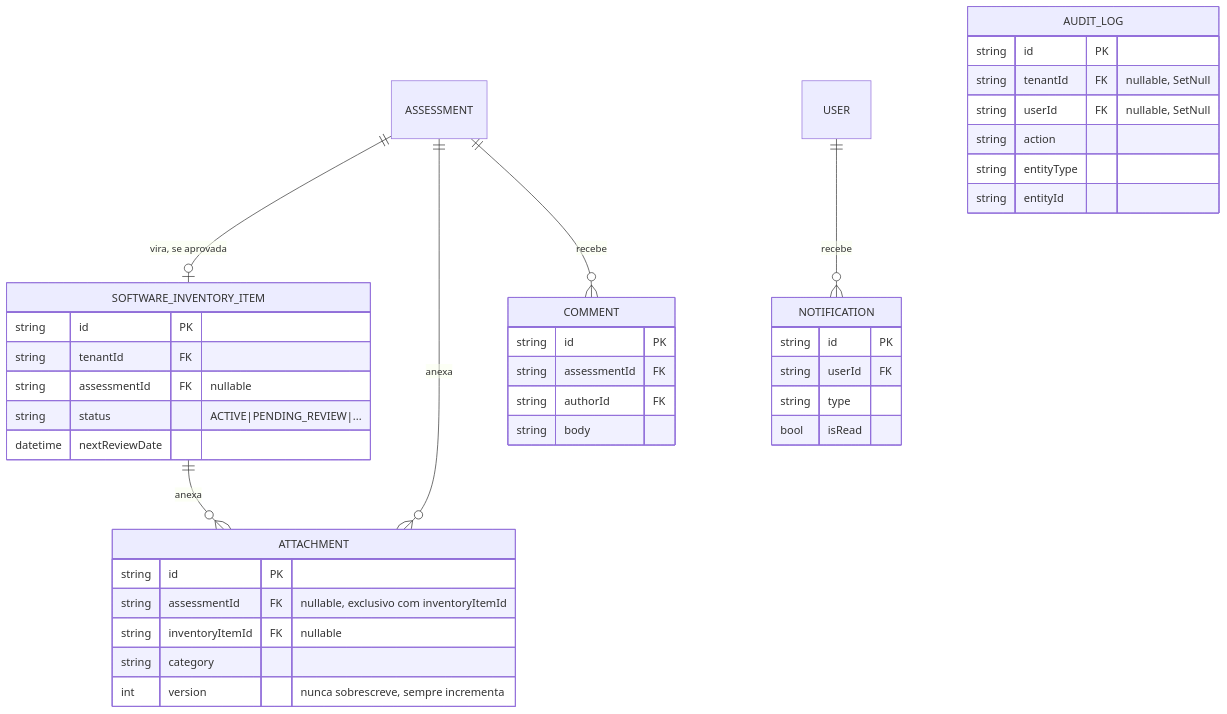
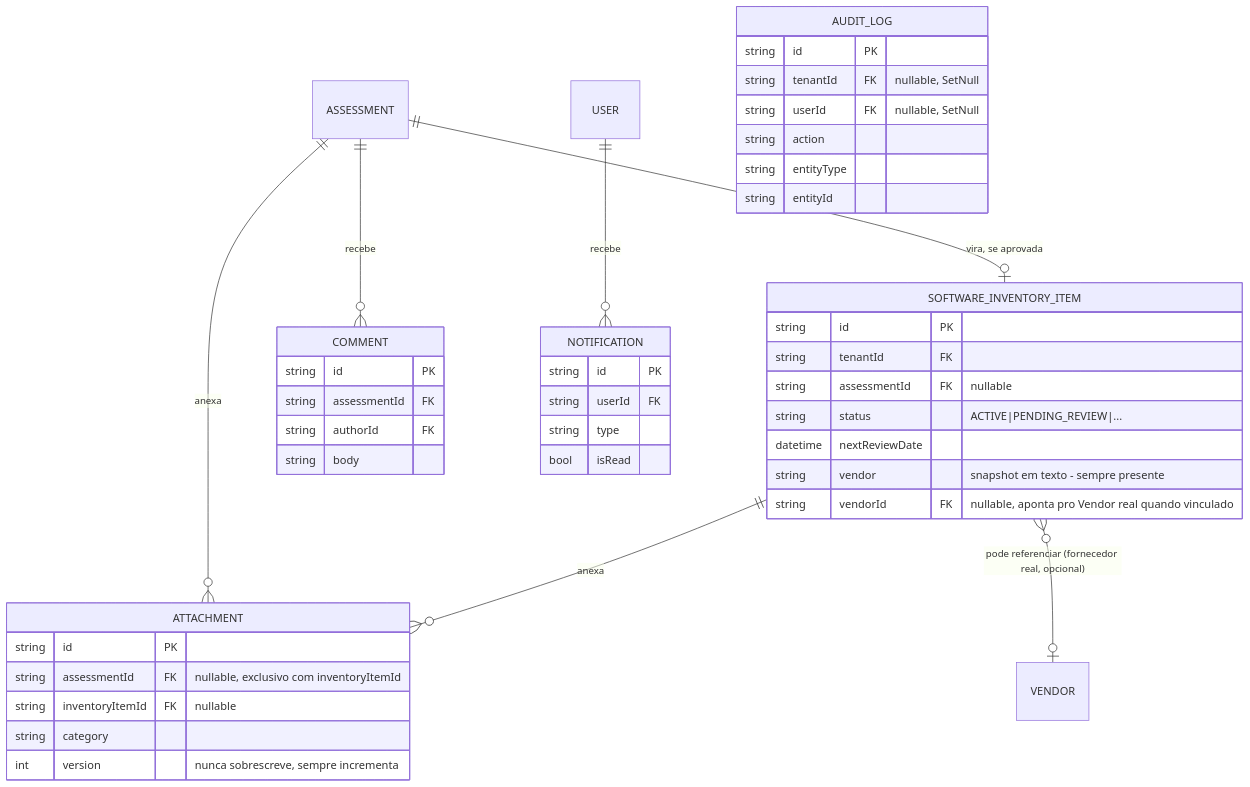
One commit to domcabral9/morpheus-beta changed the sixth of 7 diagrams in docs/architecture.md. Above: the diagram before and after it, drawn with Mermaid. The commit also changed other lines of this file and 24 other files, not shown here.

First line of the commit message:
docs(portfolio): audita e corrige README/architecture.md pós-fornecedores (#92)

````diff
--- a/docs/architecture.md
+++ b/docs/architecture.md
@@ -240,43 +319,46 @@
 ```mermaid
 erDiagram
     ASSESSMENT ||--o| SOFTWARE_INVENTORY_ITEM : "vira, se aprovada"
     ASSESSMENT ||--o{ ATTACHMENT : anexa
     SOFTWARE_INVENTORY_ITEM ||--o{ ATTACHMENT : anexa
     ASSESSMENT ||--o{ COMMENT : recebe
     USER ||--o{ NOTIFICATION : recebe
+    SOFTWARE_INVENTORY_ITEM }o--o| VENDOR : "pode referenciar (fornecedor real, opcional)"
 
     SOFTWARE_INVENTORY_ITEM {
         string id PK
         string tenantId FK
         string assessmentId FK "nullable"
         string status "ACTIVE|PENDING_REVIEW|..."
         datetime nextReviewDate
+        string vendor "snapshot em texto - sempre presente"
+        string vendorId FK "nullable, aponta pro Vendor real quando vinculado"
     }
     ATTACHMENT {
         string id PK
         string assessmentId FK "nullable, exclusivo com inventoryItemId"
         string inventoryItemId FK "nullable"
         string category
         int version "nunca sobrescreve, sempre incrementa"
     }
     COMMENT {
         string id PK
         string assessmentId FK
         string authorId FK
         string body
     }
     AUDIT_LOG {
         string id PK
         string tenantId FK "nullable, SetNull"
         string userId FK "nullable, SetNull"
         string action
         string entityType
         string entityId
     }
     NOTIFICATION {
         string id PK
         string userId FK
         string type
         bool isRead
     }
 ```
````
